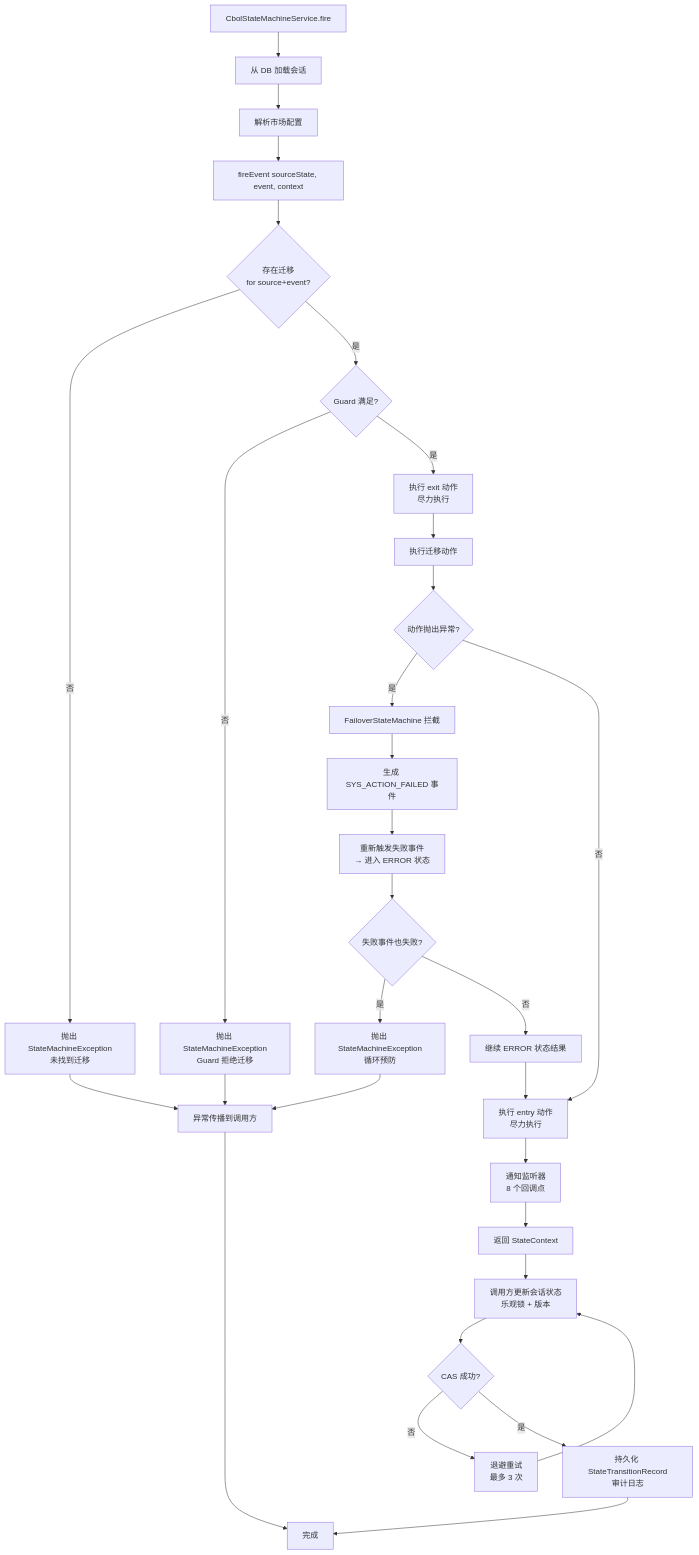
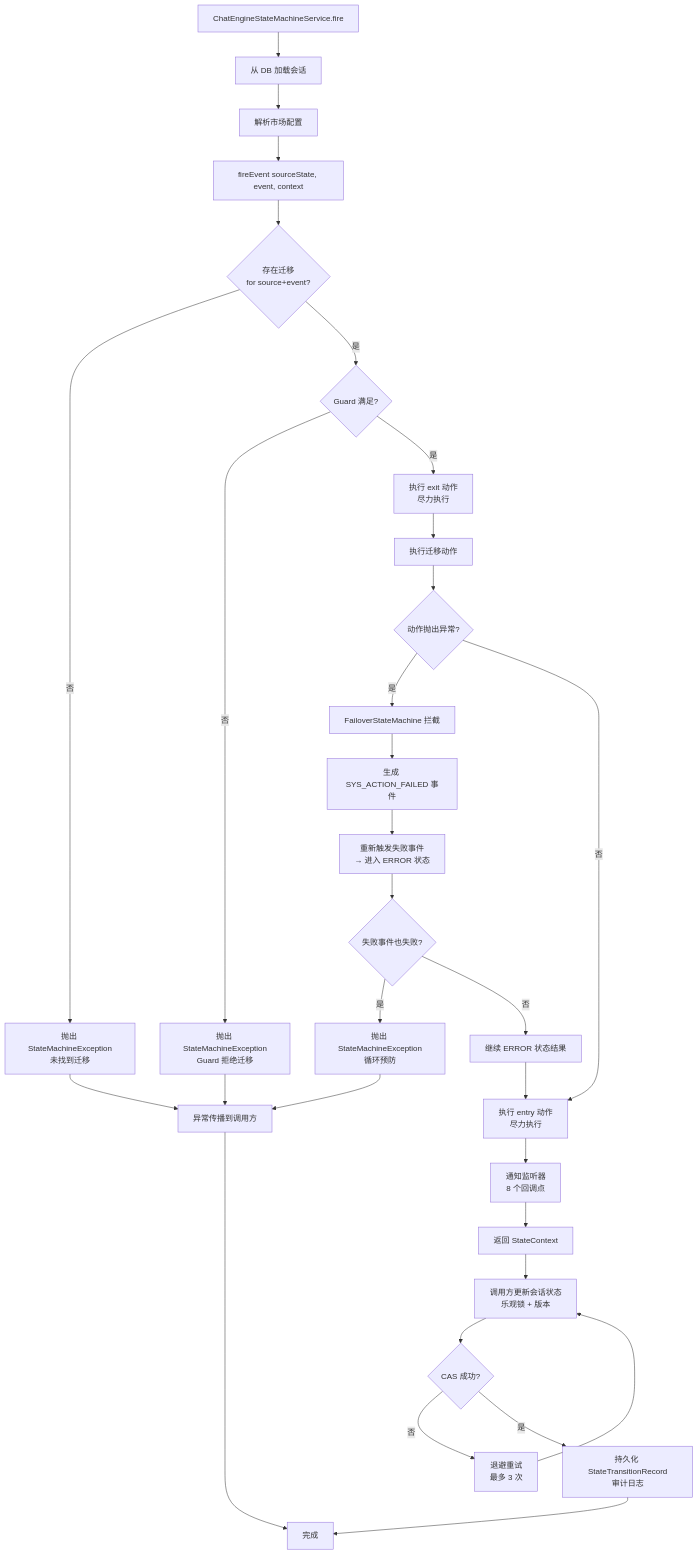
One commit to huangzhiqiu/ai-knowledge-design changed the seventh of 7 diagrams in 08-Code/state-machine/docs/zh/03-State-Transition-Diagrams.md. Above: the diagram before and after it, drawn with Mermaid. The commit also changed 6 other files, not shown here.

````diff
--- a/08-Code/state-machine/docs/zh/03-State-Transition-Diagrams.md
+++ b/08-Code/state-machine/docs/zh/03-State-Transition-Diagrams.md
@@ -249,40 +249,40 @@
 ```mermaid
 flowchart TD
-    A[CbolStateMachineService.fire] --> B[从 DB 加载会话]
+    A[ChatEngineStateMachineService.fire] --> B[从 DB 加载会话]
     B --> C[解析市场配置]
     C --> D[fireEvent sourceState, event, context]
 
     D --> E{存在迁移<br/>for source+event?}
     E -->|否| F[抛出 StateMachineException<br/>未找到迁移]
     E -->|是| G{Guard 满足?}
 
     G -->|否| H[抛出 StateMachineException<br/>Guard 拒绝迁移]
     G -->|是| I[执行 exit 动作<br/>尽力执行]
 
     I --> J[执行迁移动作]
     J --> K{动作抛出异常?}
 
     K -->|是| L[FailoverStateMachine 拦截]
     L --> M[生成 SYS_ACTION_FAILED 事件]
     M --> N[重新触发失败事件<br/>→ 进入 ERROR 状态]
     N --> O{失败事件也失败?}
     O -->|是| P[抛出 StateMachineException<br/>循环预防]
     O -->|否| Q[继续 ERROR 状态结果]
 
     K -->|否| R[执行 entry 动作<br/>尽力执行]
     Q --> R
     R --> S[通知监听器<br/>8 个回调点]
     S --> T[返回 StateContext]
 
     F --> U[异常传播到调用方]
     H --> U
     P --> U
 
     T --> V[调用方更新会话状态<br/>乐观锁 + 版本]
     V --> W{CAS 成功?}
     W -->|否| X[退避重试<br/>最多 3 次]
     X --> V
     W -->|是| Y[持久化 StateTransitionRecord<br/>审计日志]
     Y --> Z[完成]
     U --> Z
 ```
````
